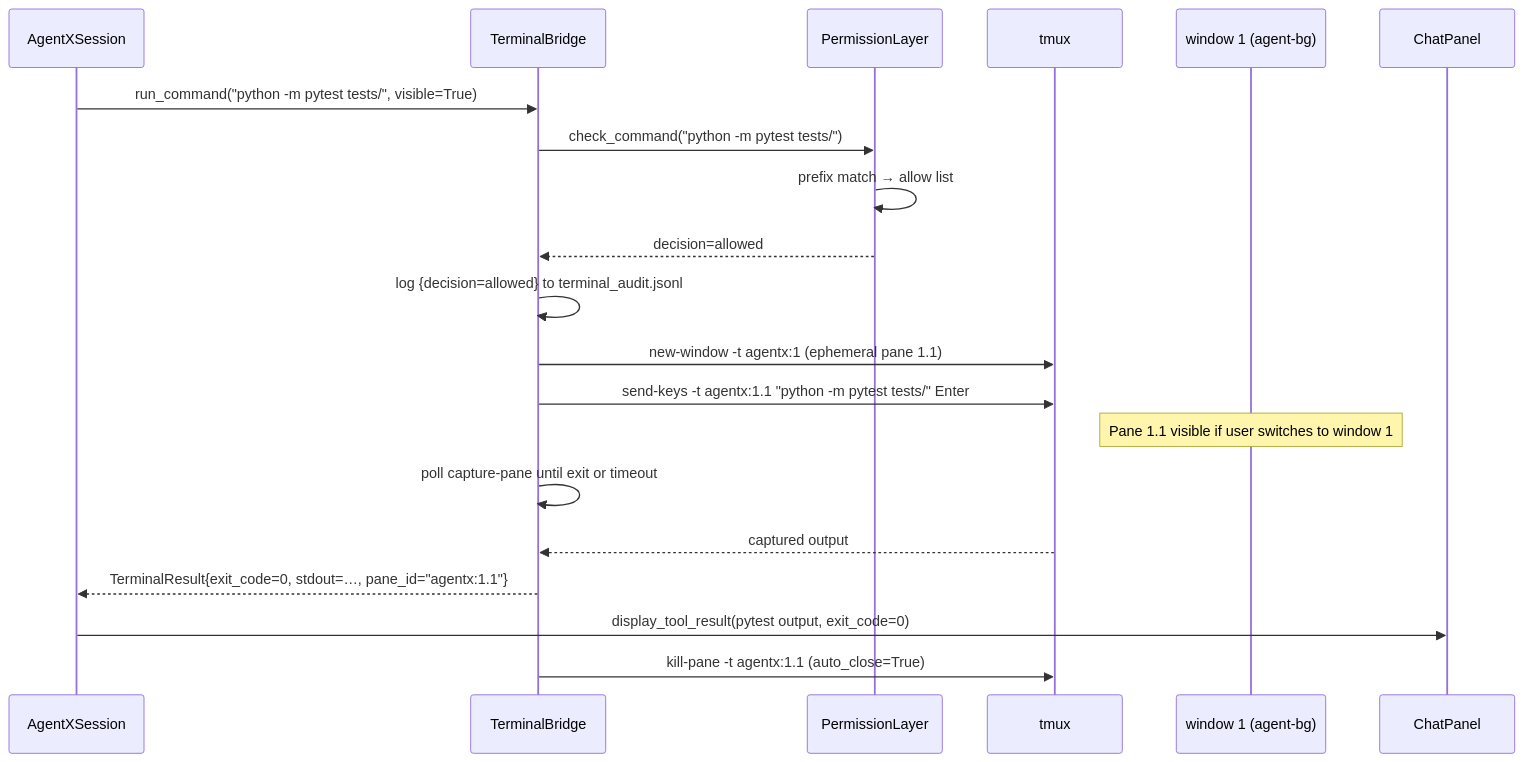
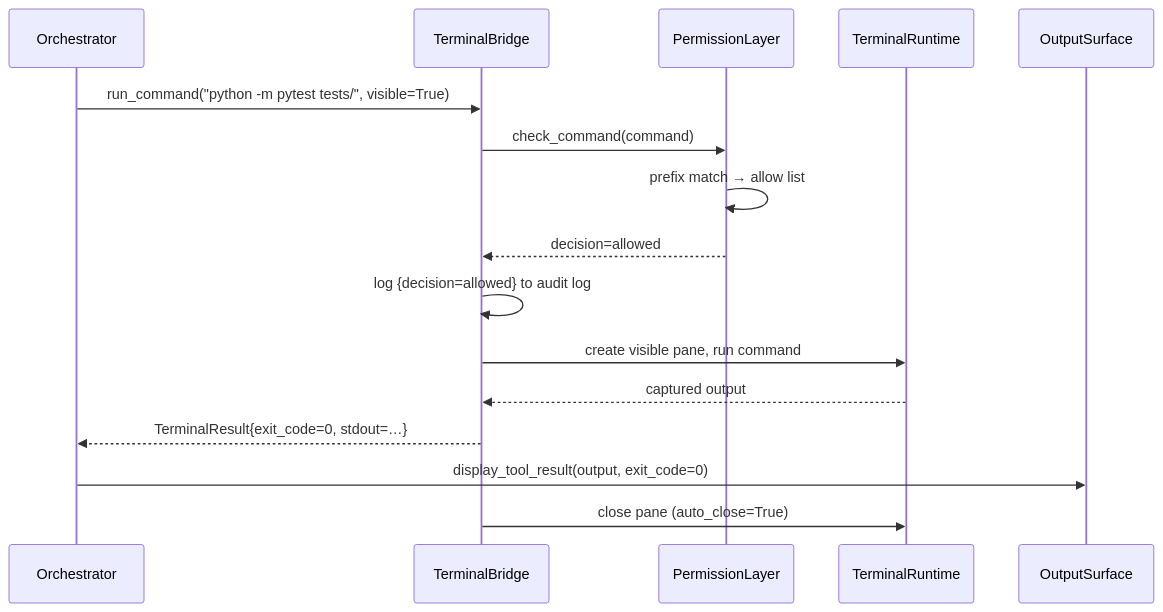
Before and after one commit to matthewapeters/agentX: the sixth of 11 diagrams in docs/ux/05_VIBE_CODING.md, drawn with Mermaid. The commit also changed other lines of this file and 336 other files, not shown here.

````diff
--- a/docs/ux/05_VIBE_CODING.md
+++ b/docs/ux/05_VIBE_CODING.md
@@ -609,23 +188,19 @@
 ```mermaid
 sequenceDiagram
-    participant Session as AgentXSession
-    participant TB as TerminalBridge
-    participant Perm as PermissionLayer
-    participant Tmux as tmux
-    participant W1 as window 1 (agent-bg)
-    participant ChatPanel
+    participant Orchestrator
+    participant TerminalBridge
+    participant PermissionLayer
+    participant TerminalRuntime
+    participant OutputSurface
 
-    Session->>TB: run_command("python -m pytest tests/", visible=True)
-    TB->>Perm: check_command("python -m pytest tests/")
-    Perm->>Perm: prefix match → allow list
-    Perm-->>TB: decision=allowed
-    TB->>TB: log {decision=allowed} to terminal_audit.jsonl
-    TB->>Tmux: new-window -t agentx:1 (ephemeral pane 1.1)
-    TB->>Tmux: send-keys -t agentx:1.1 "python -m pytest tests/" Enter
-    Note over W1: Pane 1.1 visible if user switches to window 1
-    TB->>TB: poll capture-pane until exit or timeout
-    Tmux-->>TB: captured output
-    TB-->>Session: TerminalResult{exit_code=0, stdout=…, pane_id="agentx:1.1"}
-    Session->>ChatPanel: display_tool_result(pytest output, exit_code=0)
-    TB->>Tmux: kill-pane -t agentx:1.1  (auto_close=True)
+    Orchestrator->>TerminalBridge: run_command("python -m pytest tests/", visible=True)
+    TerminalBridge->>PermissionLayer: check_command(command)
+    PermissionLayer->>PermissionLayer: prefix match → allow list
+    PermissionLayer-->>TerminalBridge: decision=allowed
+    TerminalBridge->>TerminalBridge: log {decision=allowed} to audit log
+    TerminalBridge->>TerminalRuntime: create visible pane, run command
+    TerminalRuntime-->>TerminalBridge: captured output
+    TerminalBridge-->>Orchestrator: TerminalResult{exit_code=0, stdout=…}
+    Orchestrator->>OutputSurface: display_tool_result(output, exit_code=0)
+    TerminalBridge->>TerminalRuntime: close pane (auto_close=True)
 ```
````
